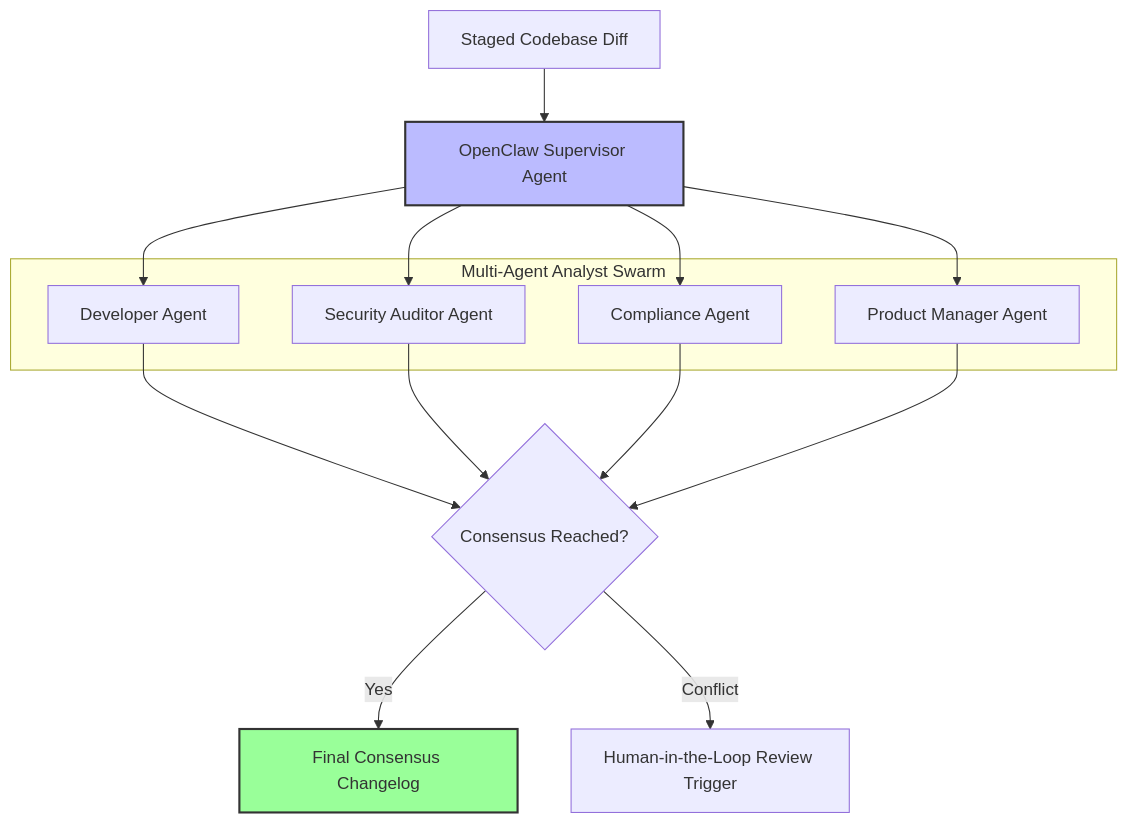
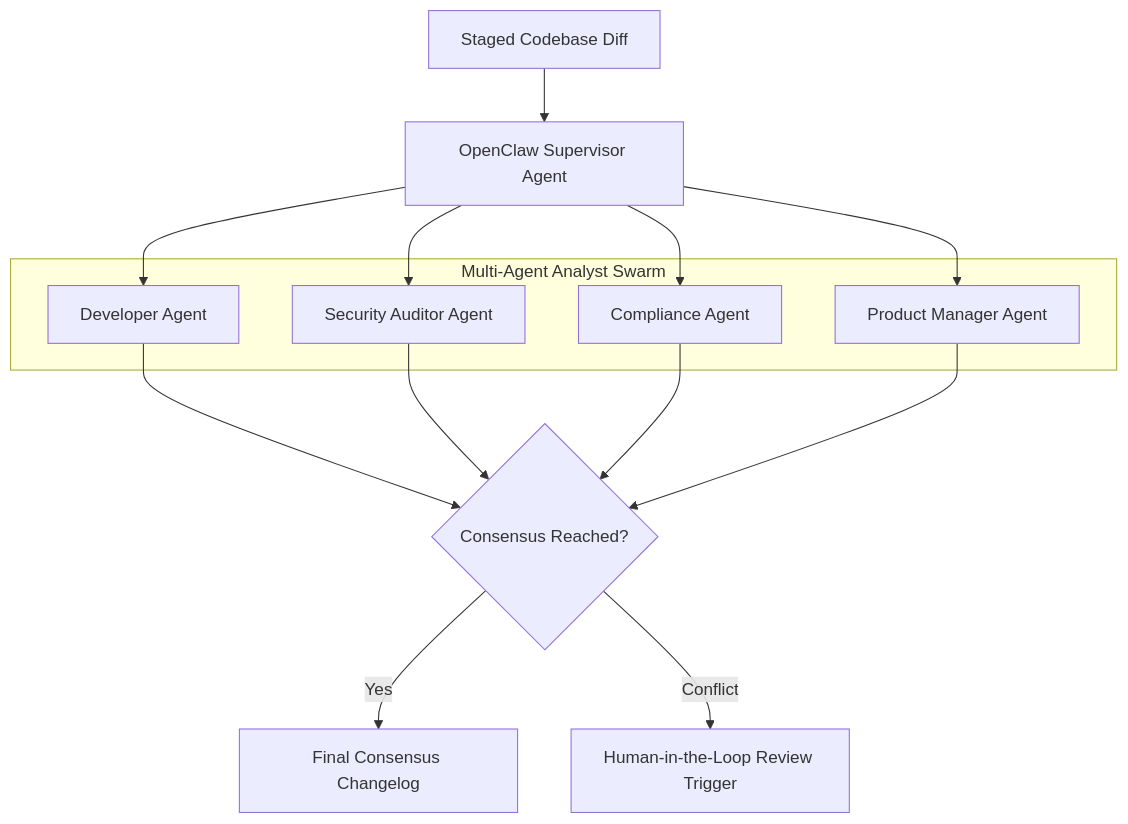
The diagram in docs/guide/multi-agent.md (EldrexDelosReyesBula/DevDiff), drawn with Mermaid before and after one commit. The commit also changed other lines of this file and 187 other files, not shown here.

First line of the commit message:
release: v1.8.0 — multi-registry distribution, plugin architecture & documentation overhaul

````diff
--- a/docs/guide/multi-agent.md
+++ b/docs/guide/multi-agent.md
@@ -9,27 +9,24 @@
 ```mermaid
 flowchart TD
     Diff[Staged Codebase Diff] --> Supervisor[OpenClaw Supervisor Agent]
 
     subgraph Swarm [Multi-Agent Analyst Swarm]
       Agent1[Developer Agent]
       Agent2[Security Auditor Agent]
       Agent3[Compliance Agent]
       Agent4[Product Manager Agent]
     end
 
     Supervisor --> Agent1
     Supervisor --> Agent2
     Supervisor --> Agent3
     Supervisor --> Agent4
 
     Agent1 --> Consensus{Consensus Reached?}
     Agent2 --> Consensus
     Agent3 --> Consensus
     Agent4 --> Consensus
 
     Consensus -->|Yes| FinalChangelog[Final Consensus Changelog]
     Consensus -->|Conflict| HumanReview[Human-in-the-Loop Review Trigger]
-
-    style Supervisor fill:#bbf,stroke:#333,stroke-width:2px
-    style FinalChangelog fill:#9f9,stroke:#333,stroke-width:2px
 ```
````
